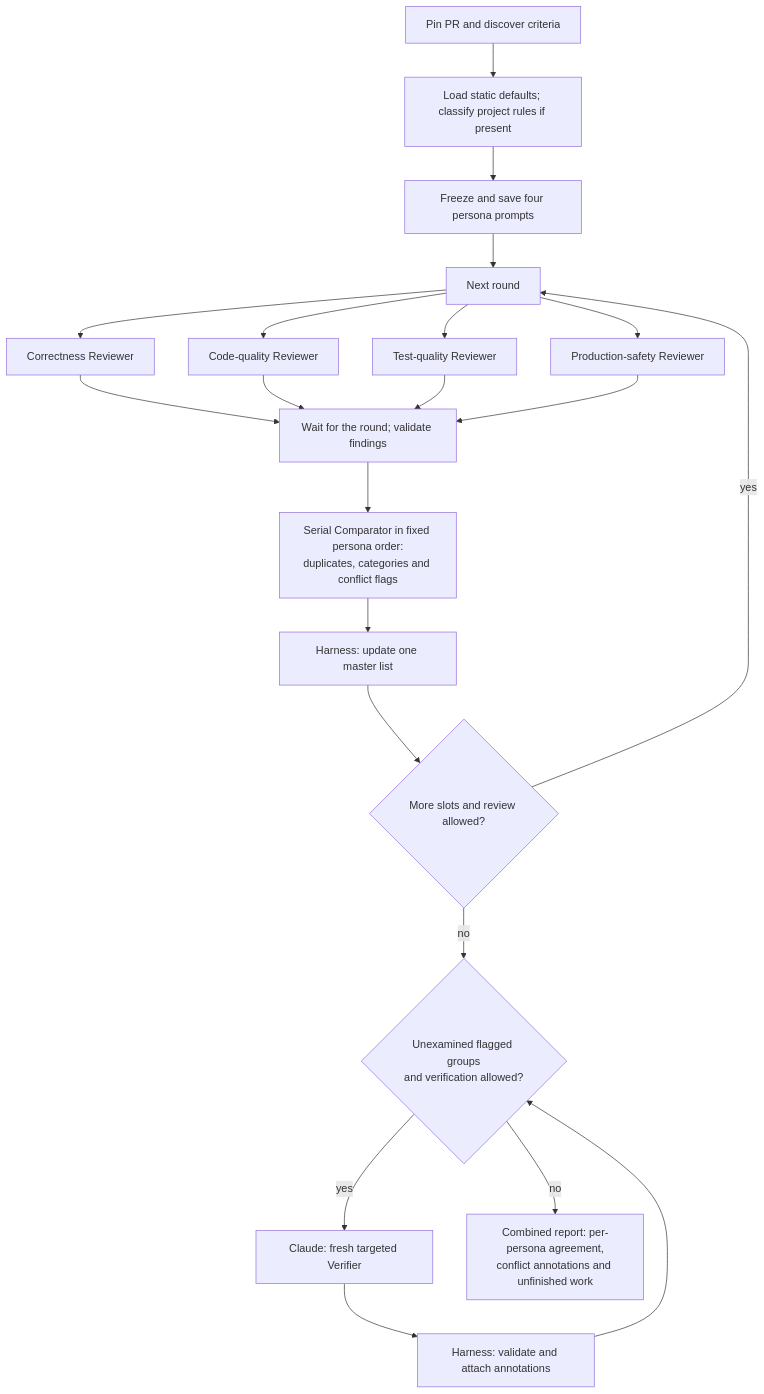
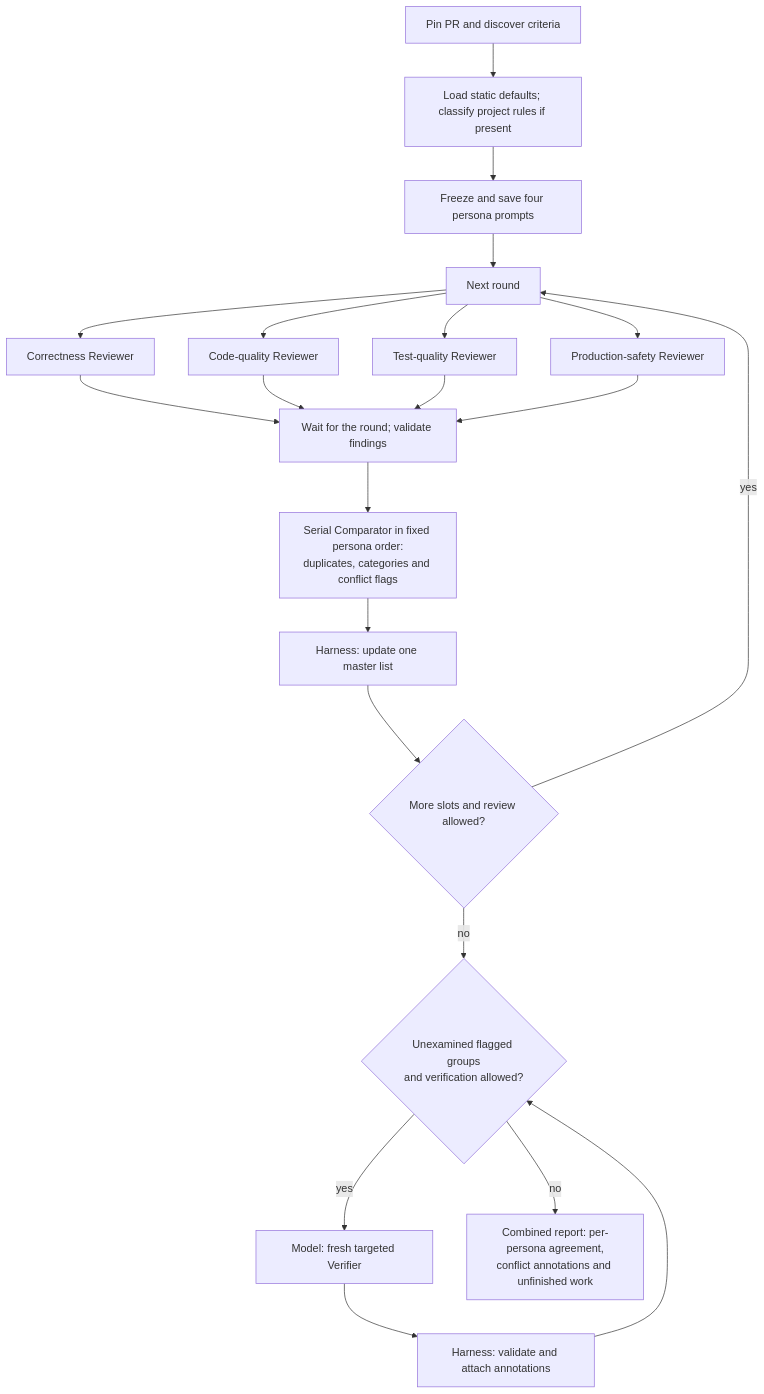
One commit to sskelkar/code-reviewer changed the second of 2 diagrams in README.md. Above: the diagram before and after it, drawn with Mermaid. The commit also changed other lines of this file and 52 other files, not shown here.

````diff
--- a/README.md
+++ b/README.md
@@ -94,24 +102,24 @@
 ```mermaid
 flowchart TD
     PREP["Pin PR and discover criteria"] --> ASSIGN["Load static defaults; classify project rules if present"]
     ASSIGN --> FREEZE["Freeze and save four persona prompts"]
     FREEZE --> ROUND["Next round"]
     ROUND --> C["Correctness Reviewer"]
     ROUND --> Q["Code-quality Reviewer"]
     ROUND --> T["Test-quality Reviewer"]
     ROUND --> S["Production-safety Reviewer"]
     C --> CHECK
     Q --> CHECK
     T --> CHECK
     S --> CHECK
     CHECK["Wait for the round; validate findings"]
     CHECK --> MERGE["Serial Comparator in fixed persona order:<br/>duplicates, categories and conflict flags"]
     MERGE --> MASTER["Harness: update one master list"]
     MASTER --> MORE{"More slots and review allowed?"}
     MORE -->|yes| ROUND
     MORE -->|no| FLAGS{"Unexamined flagged groups<br/>and verification allowed?"}
-    FLAGS -->|yes| VER["Claude: fresh targeted Verifier"]
+    FLAGS -->|yes| VER["Model: fresh targeted Verifier"]
     VER --> ANN["Harness: validate and attach annotations"]
     ANN --> FLAGS
     FLAGS -->|no| REPORT["Combined report: per-persona agreement,<br/>conflict annotations and unfinished work"]
 ```
````
